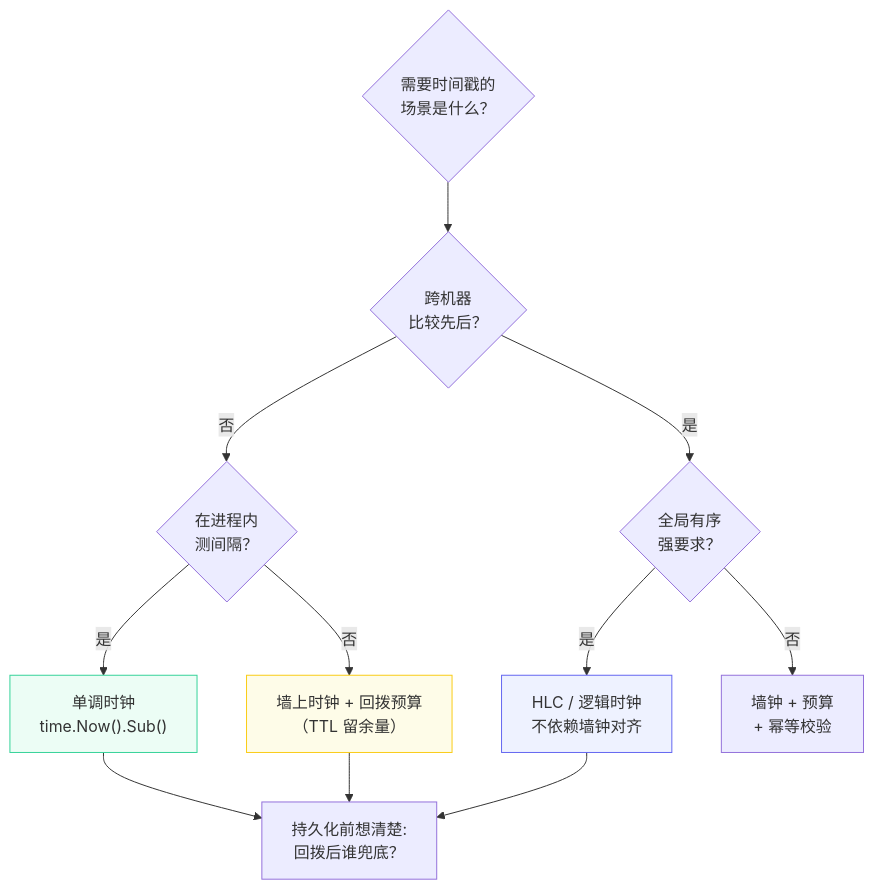
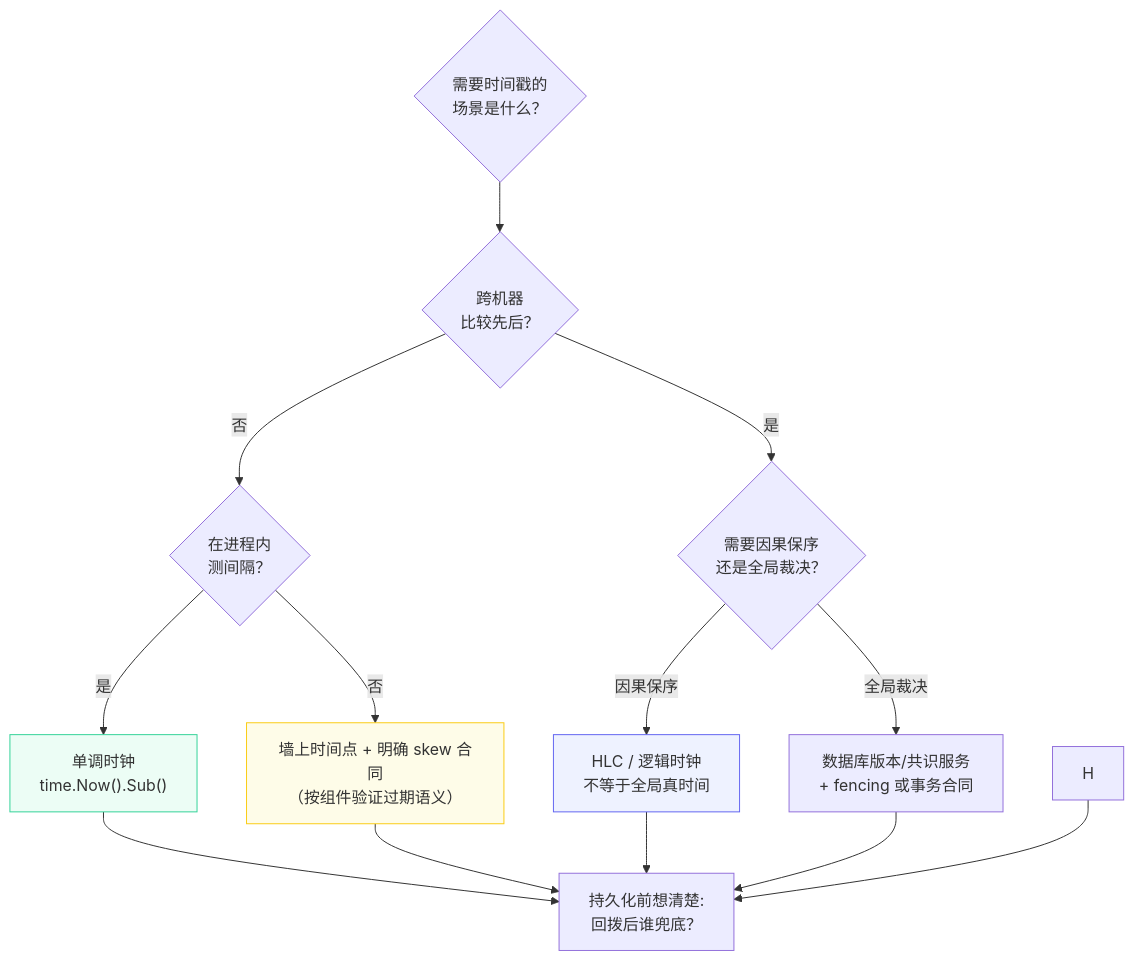
The fourth of 4 diagrams in content/posts/clock-skew-distributed-systems.md (MoreConsequence/MoreConsequence.github.io), drawn with Mermaid before and after one commit. The commit also changed other lines of this file and 263 other files, not shown here.

````diff
--- a/content/posts/clock-skew-distributed-systems.md
+++ b/content/posts/clock-skew-distributed-systems.md
@@ -410,17 +405,19 @@
 ```mermaid
 flowchart TD
     A{"需要时间戳的<br/>场景是什么？"} --> B{"跨机器<br/>比较先后？"}
     B -->|否| C{"在进程内<br/>测间隔？"}
     C -->|是| D["单调时钟<br/>time.Now().Sub()"]
-    C -->|否| E["墙上时钟 + 回拨预算<br/>（TTL 留余量）"]
-    B -->|是| F{"全局有序<br/>强要求？"}
-    F -->|是| G["HLC / 逻辑时钟<br/>不依赖墙钟对齐"]
-    F -->|否| H["墙钟 + 预算<br/>+ 幂等校验"]
+    C -->|否| E["墙上时间点 + 明确 skew 合同<br/>（按组件验证过期语义）"]
+    B -->|是| F{"需要因果保序<br/>还是全局裁决？"}
+    F -->|"因果保序"| G["HLC / 逻辑时钟<br/>不等于全局真时间"]
+    F -->|"全局裁决"| J["数据库版本/共识服务<br/>+ fencing 或事务合同"]
     E --> I["持久化前想清楚:<br/>回拨后谁兜底？"]
     G --> I
+    J --> I
+    H --> I
     D --> I
 
     style D fill:#ecfdf5,stroke:#34d399
     style G fill:#eef2ff,stroke:#6366f1
     style E fill:#fefce8,stroke:#facc15
 ```
````
